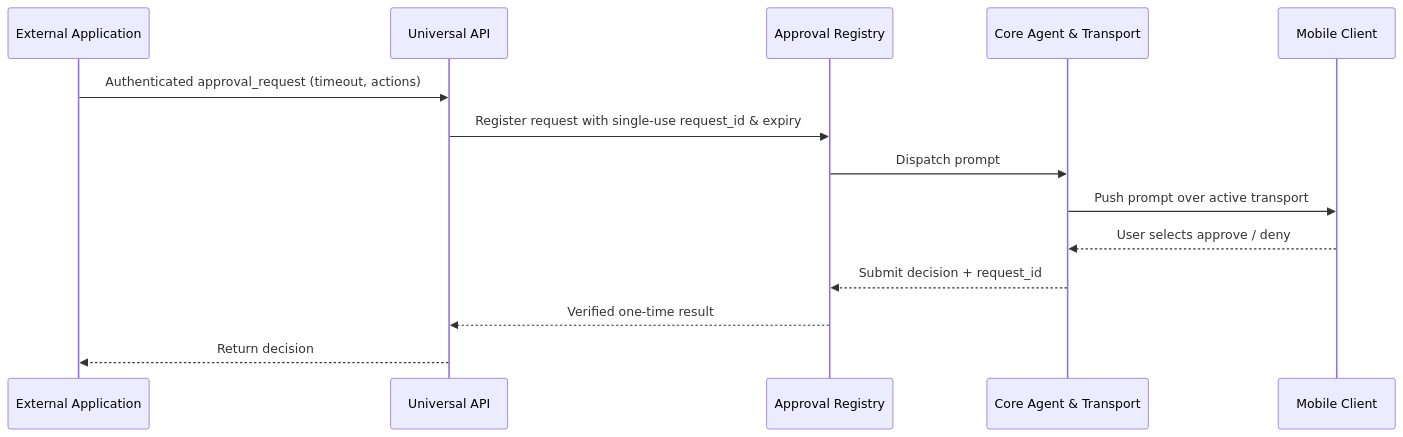
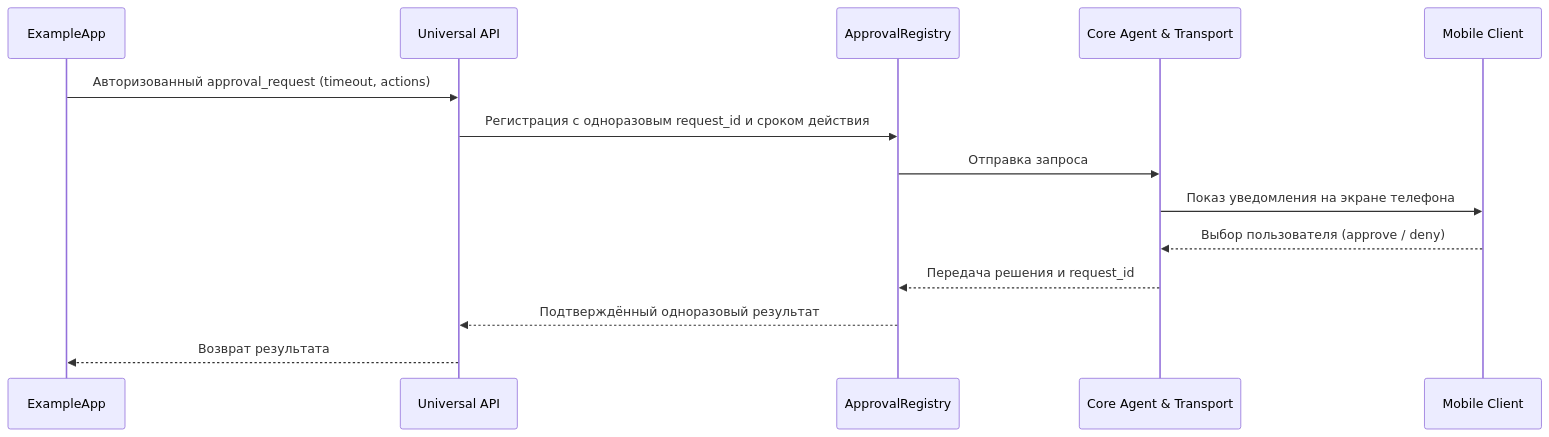
One commit to NoVate911/NexDeck changed the diagram in docs/api/universal-api.md. Above: the diagram before and after it, drawn with Mermaid. The commit also changed other lines of this file and 43 other files, not shown here.

````diff
--- a/docs/api/universal-api.md
+++ b/docs/api/universal-api.md
@@ -34,17 +32,17 @@
 ```mermaid
 sequenceDiagram
-    participant App as External Application
+    participant App as ExampleApp
     participant API as Universal API
-    participant Approval as Approval Registry
+    participant Approval as ApprovalRegistry
     participant Core as Core Agent & Transport
     participant Phone as Mobile Client
 
-    App->>API: Authenticated approval_request (timeout, actions)
-    API->>Approval: Register request with single-use request_id & expiry
-    Approval->>Core: Dispatch prompt
-    Core->>Phone: Push prompt over active transport
-    Phone-->>Core: User selects approve / deny
-    Core-->>Approval: Submit decision + request_id
-    Approval-->>API: Verified one-time result
-    API-->>App: Return decision
+    App->>API: Авторизованный approval_request (timeout, actions)
+    API->>Approval: Регистрация с одноразовым request_id и сроком действия
+    Approval->>Core: Отправка запроса
+    Core->>Phone: Показ уведомления на экране телефона
+    Phone-->>Core: Выбор пользователя (approve / deny)
+    Core-->>Approval: Передача решения и request_id
+    Approval-->>API: Подтверждённый одноразовый результат
+    API-->>App: Возврат результата
 ```
````
